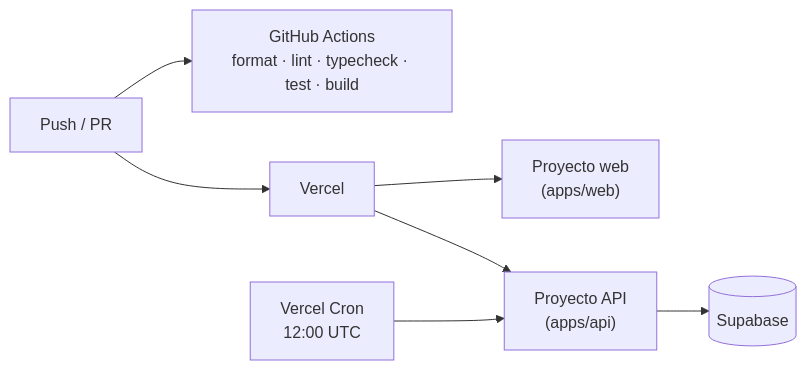
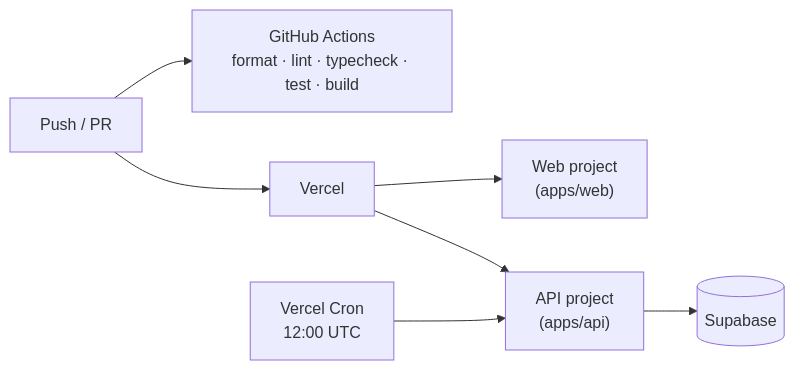
Before and after one commit to Nicolasgh91/red-cuidarte: the fourth of 4 diagrams in README.md, drawn with Mermaid. The commit also changed other lines of this file and 6 other files, not shown here.

````diff
--- a/README.md
+++ b/README.md
@@ -239,9 +220,9 @@
 ```mermaid
 flowchart LR
   DEV[Push / PR] --> CI["GitHub Actions<br/>format · lint · typecheck · test · build"]
   DEV --> V[Vercel]
-  V --> WEB["Proyecto web<br/>(apps/web)"]
-  V --> API["Proyecto API<br/>(apps/api)"]
+  V --> WEB["Web project<br/>(apps/web)"]
+  V --> API["API project<br/>(apps/api)"]
   CRON["Vercel Cron<br/>12:00 UTC"] --> API
   API --> SB[(Supabase)]
 ```
````
